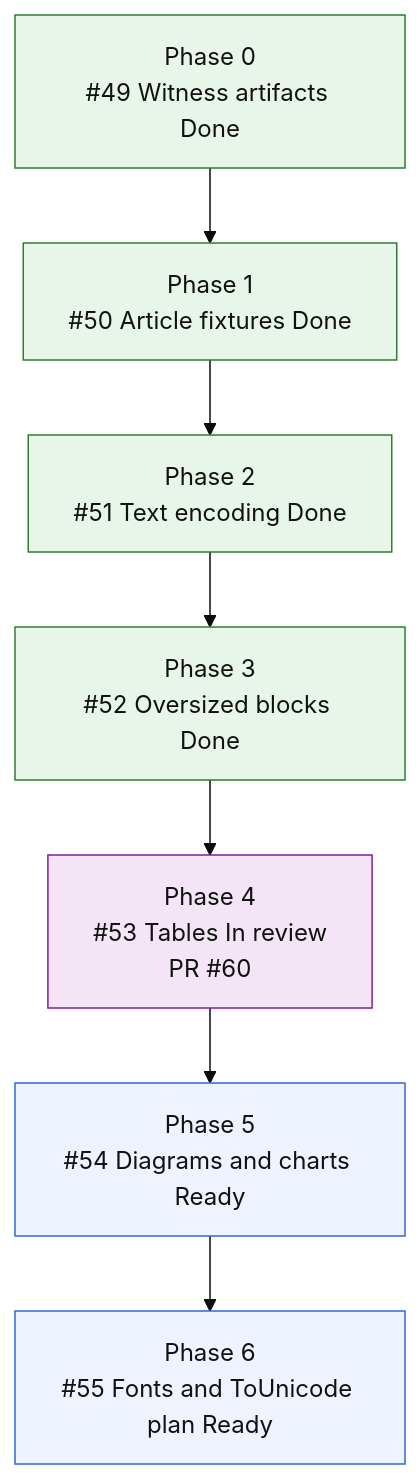
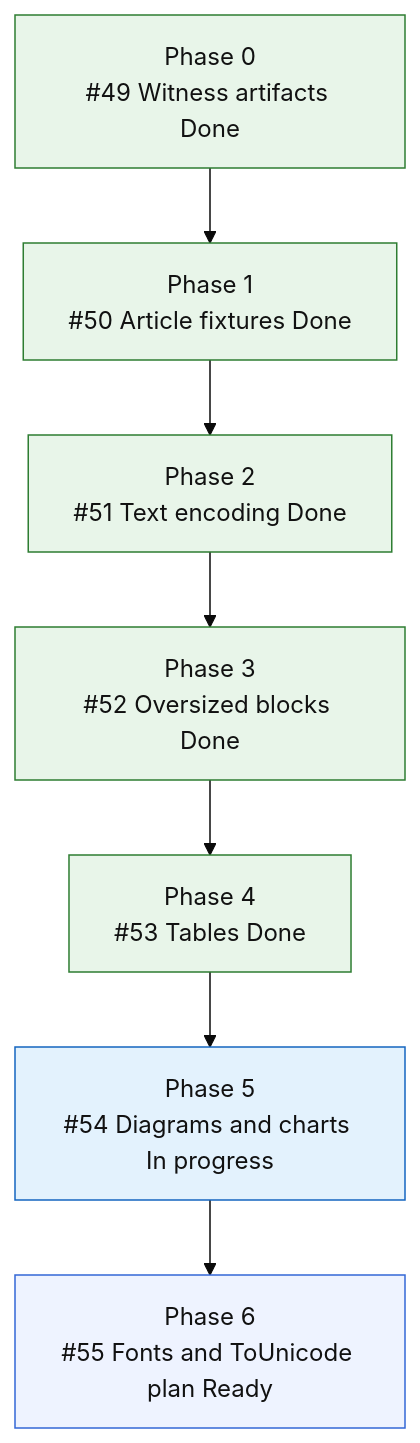
One commit to mihaelamj/MarkdownPDF changed the second of 2 diagrams in README.md. Above: the diagram before and after it, drawn with Mermaid (base theme).

Commit message:
docs(roadmap): start diagram layout issue

````diff
--- a/README.md
+++ b/README.md
@@ -212,23 +212,23 @@
 ```mermaid
 flowchart TD
     F0["Phase 0<br/>#49 Witness artifacts Done"]
     F1["Phase 1<br/>#50 Article fixtures Done"]
     F2["Phase 2<br/>#51 Text encoding Done"]
     F3["Phase 3<br/>#52 Oversized blocks Done"]
-    F4["Phase 4<br/>#53 Tables In review<br/>PR #60"]
-    F5["Phase 5<br/>#54 Diagrams and charts Ready"]
+    F4["Phase 4<br/>#53 Tables Done"]
+    F5["Phase 5<br/>#54 Diagrams and charts In progress"]
     F6["Phase 6<br/>#55 Fonts and ToUnicode plan Ready"]
 
     F0 --> F1 --> F2 --> F3 --> F4 --> F5 --> F6
 
     classDef done fill:#e8f5e9,stroke:#2e7d32,color:#111;
     classDef active fill:#e3f2fd,stroke:#1565c0,color:#111;
     classDef review fill:#f3e5f5,stroke:#7b1fa2,color:#111;
     classDef next fill:#fff8e1,stroke:#f9a825,color:#111;
     classDef todo fill:#eef3ff,stroke:#3367d6,color:#111;
     class F0,F1 done;
     class F2 done;
-    class F3 done;
-    class F4 review;
-    class F5,F6 todo;
+    class F3,F4 done;
+    class F5 active;
+    class F6 todo;
 ```
````
